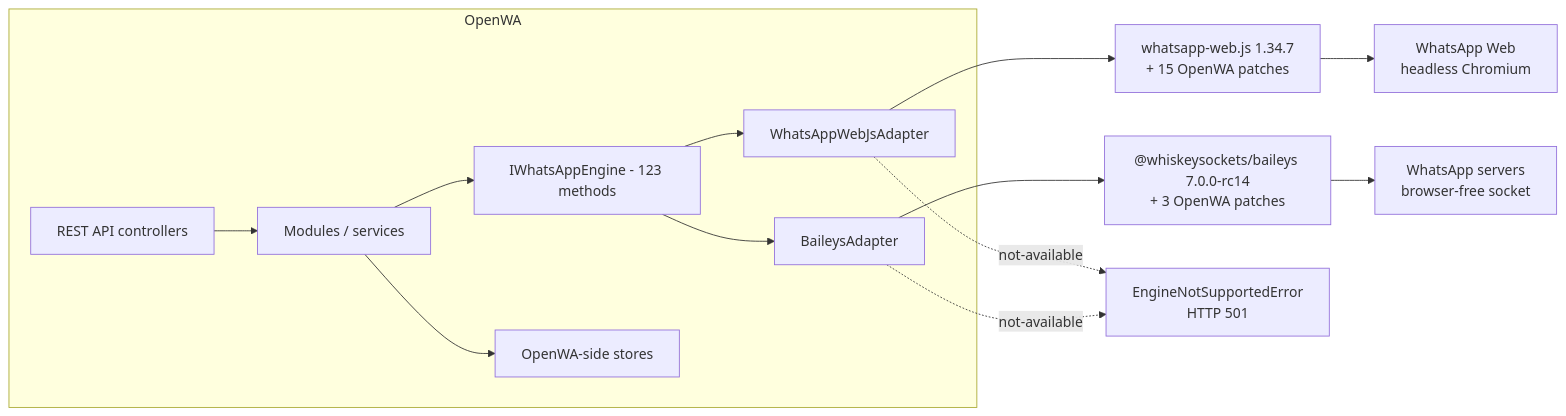
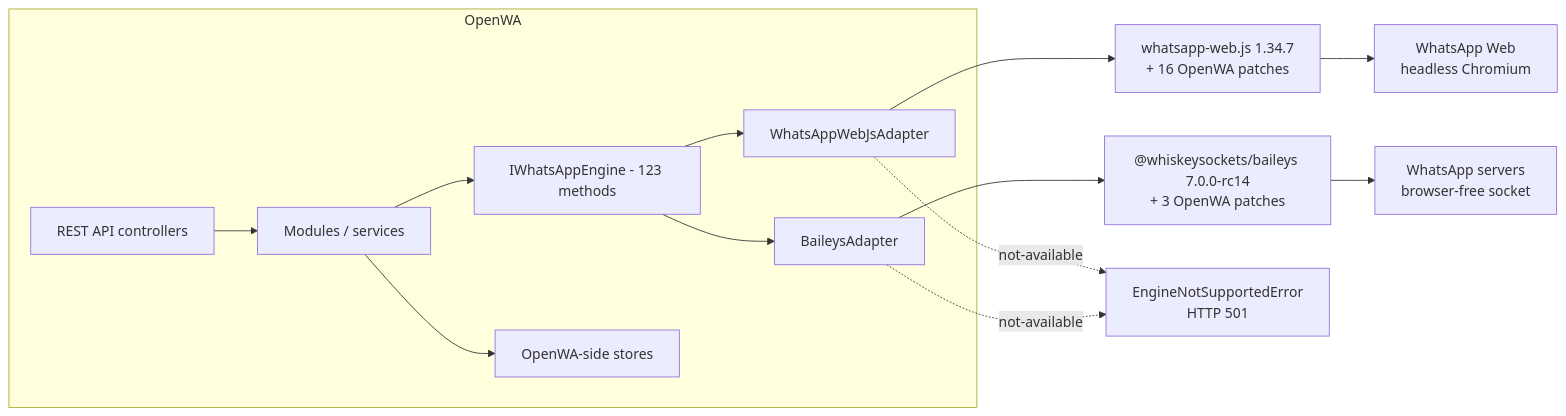
One commit to purnamcommunity/OpenWA changed the first of 2 diagrams in docs/29-engine-capability-matrix.md. Above: the diagram before and after it, drawn with Mermaid. The commit also changed other lines of this file and 8 other files, not shown here.

````diff
--- a/docs/29-engine-capability-matrix.md
+++ b/docs/29-engine-capability-matrix.md
@@ -44,16 +44,16 @@
 ```mermaid
 flowchart LR
     subgraph OpenWA["OpenWA"]
         API["REST API controllers"] --> SVC["Modules / services"]
         SVC --> IF["IWhatsAppEngine - 123 methods"]
         IF --> WA["WhatsAppWebJsAdapter"]
         IF --> BA["BaileysAdapter"]
         SVC --> STORE["OpenWA-side stores"]
     end
-    WA --> WLIB["whatsapp-web.js 1.34.7<br/>+ 15 OpenWA patches"]
+    WA --> WLIB["whatsapp-web.js 1.34.7<br/>+ 16 OpenWA patches"]
     BA --> BLIB["@whiskeysockets/baileys 7.0.0-rc14<br/>+ 3 OpenWA patches"]
     WLIB --> WEB["WhatsApp Web<br/>headless Chromium"]
     BLIB --> WAS["WhatsApp servers<br/>browser-free socket"]
     WA -.->|"not-available"| E["EngineNotSupportedError<br/>HTTP 501"]
     BA -.->|"not-available"| E
 ```
````
